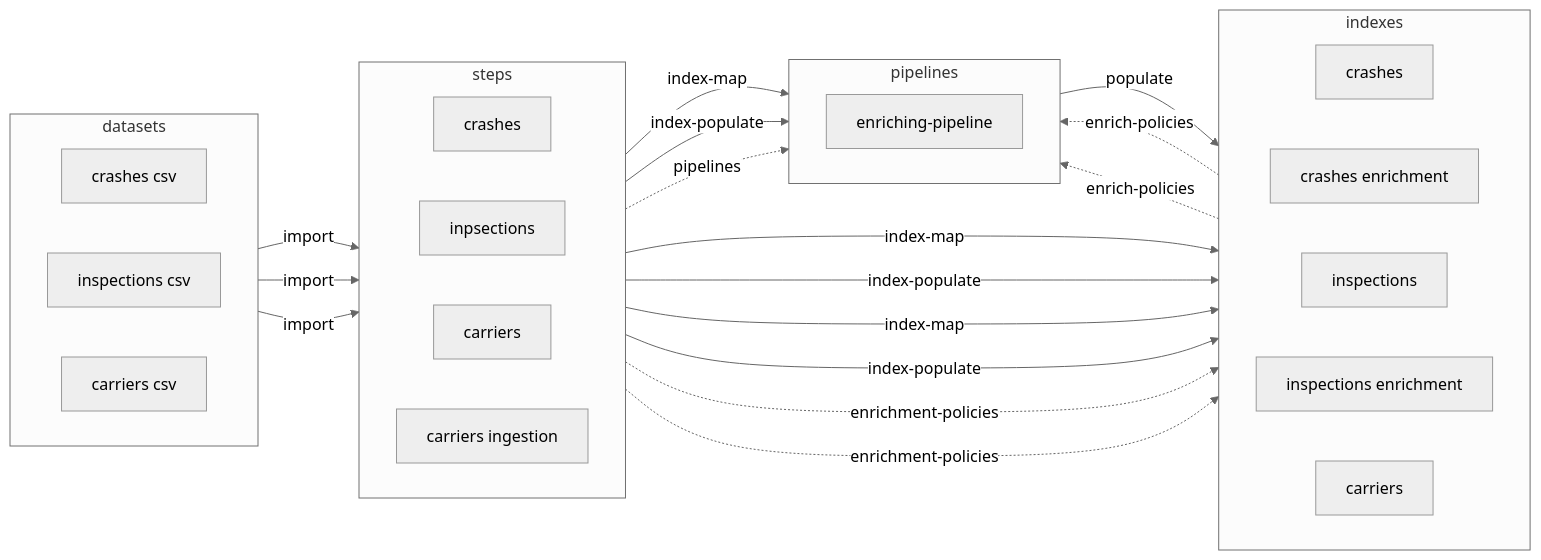
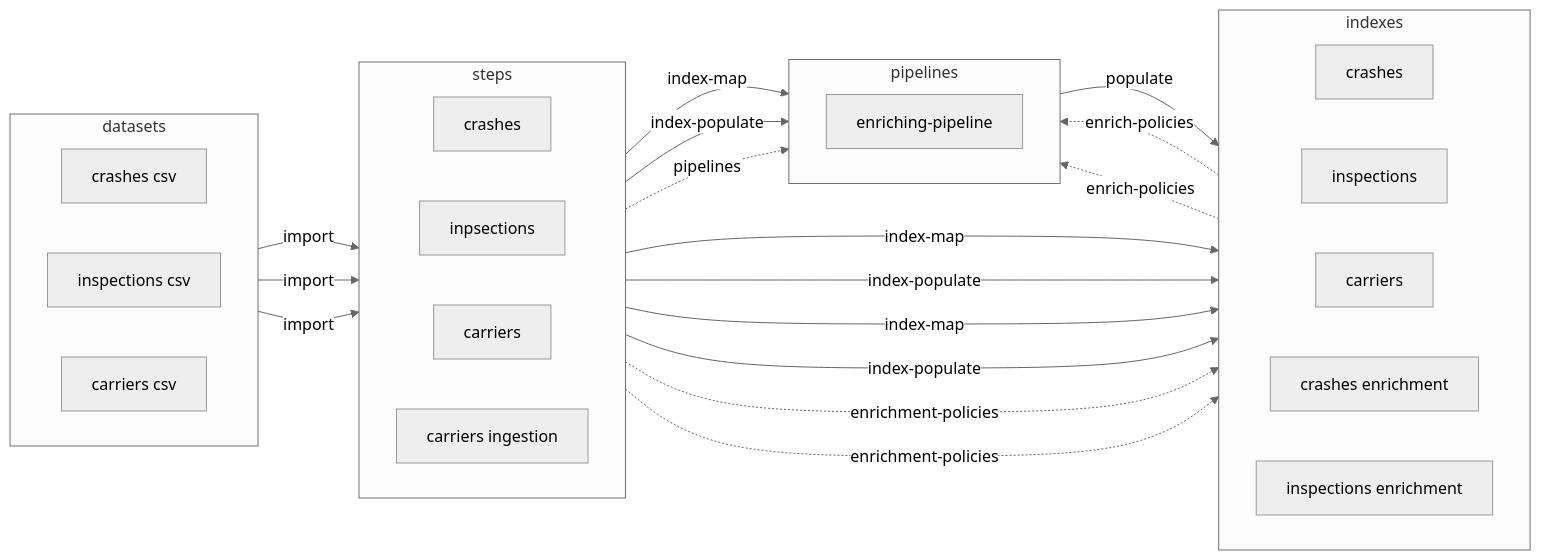
One commit to freemansoft/entitopia changed the third of 3 diagrams in DOT-Commercial/README.md. Above: the diagram before and after it, drawn with Mermaid (neutral theme).

Commit message:
appearance changes

````diff
--- a/DOT-Commercial/README.md
+++ b/DOT-Commercial/README.md
@@ -36,53 +36,54 @@
 ```mermaid
 flowchart LR
     subgraph steps
         direction LR
         crashes-step[crashes]
         inspections-step[inpsections]
         carriers-step[carriers]
         carriers-ingestion-step[carriers ingestion]
     end
 
     subgraph indexes
         direction LR
         crashes-index[crashes]
+        inspections-index[inspections]
+        carriers-index[carriers]
+
         crashes-enrichment-index[crashes enrichment]
-        inspections-index[inspections]
         inspections-enrichment-index[inspections enrichment]
-        carriers-index[carriers]
     end
 
     subgraph datasets
         direction LR
         crashes-csv[crashes csv]
         inspections-csv[inspections csv]
         carriers-csv[carriers csv]
     end
 
     subgraph pipelines
         direction LR
         enriching-pipeline
     end
 
     crashes-step -->|index-map| crashes-index
     crashes-step -->|index-populate| crashes-index
     inspections-step -->|index-map| inspections-index
     inspections-step -->|index-populate | inspections-index
     carriers-step --> | index-map | enriching-pipeline
     carriers-step --> | index-populate| enriching-pipeline
 
     crashes-csv-->|import| crashes-step
     inspections-csv -->|import| inspections-step
     carriers-csv -->|import| carriers-step
 
     crashes-enrichment-index -.->|enrich-policies| enriching-pipeline
     inspections-enrichment-index -.->|enrich-policies| enriching-pipeline
     enriching-pipeline -->|populate| carriers-index
 
 
     carriers-ingestion-step -.->|enrichment-policies| crashes-enrichment-index
     carriers-ingestion-step -.->|enrichment-policies| inspections-enrichment-index
     carriers-ingestion-step -.->|pipelines| enriching-pipeline
 
 
 ```
````
